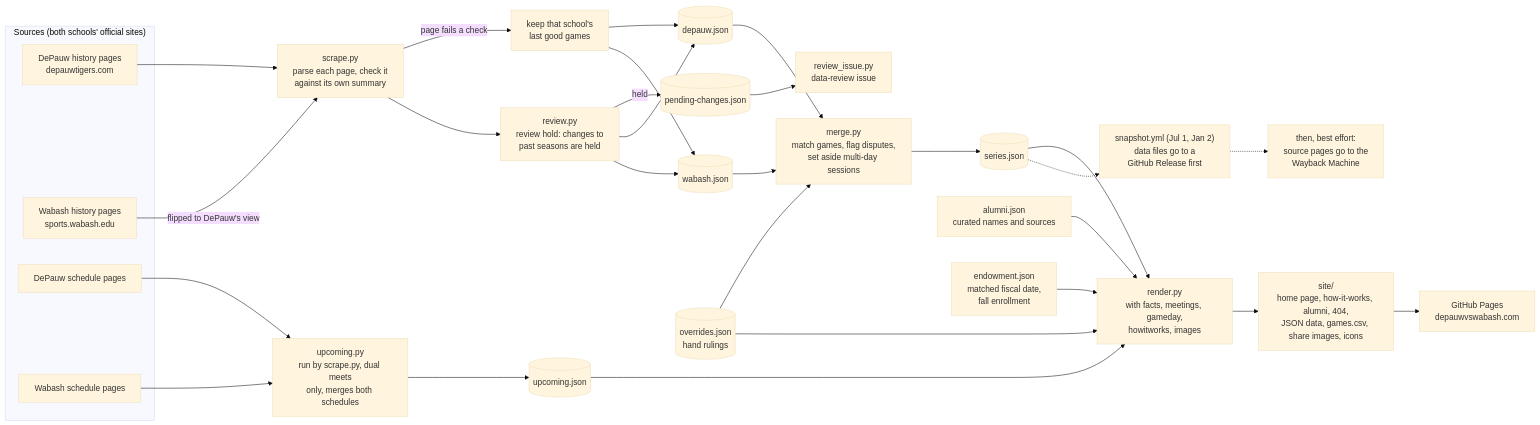
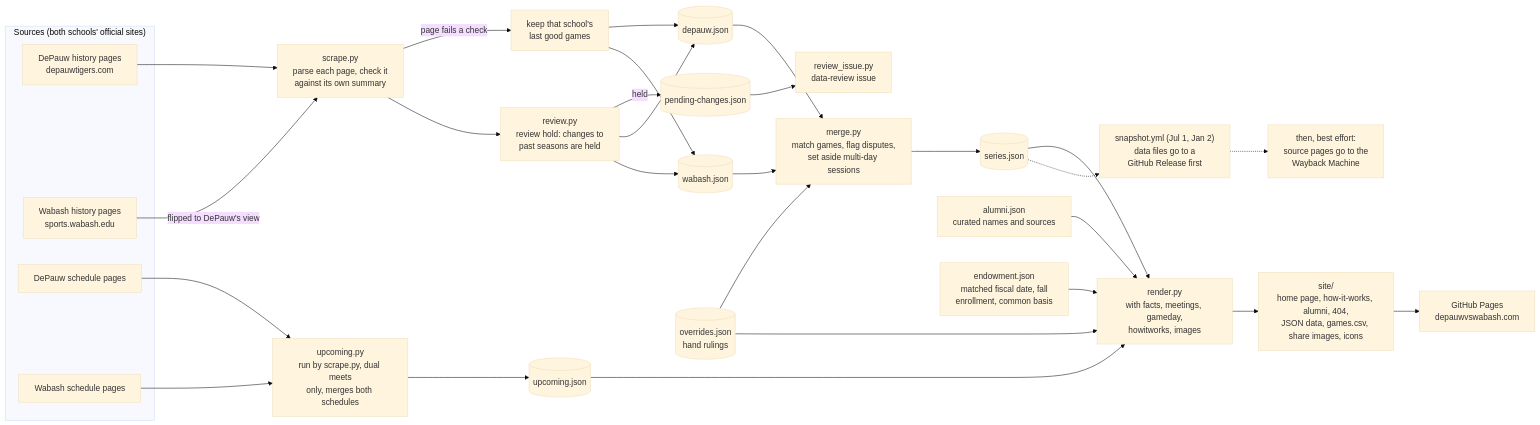
The first of 3 diagrams in README.md (Haynesmodel/DePauw-vs-Wabash-web), drawn with Mermaid (base theme) before and after one commit. The commit also changed other lines of this file and 7 other files, not shown here.

First line of the commit message:
Compare endowment per student on one basis and call near-ties even

````diff
--- a/README.md
+++ b/README.md
@@ -61,36 +61,36 @@
 ```mermaid
 flowchart LR
   subgraph SRC["Sources (both schools' official sites)"]
     DH["DePauw history pages<br/>depauwtigers.com"]
     WH["Wabash history pages<br/>sports.wabash.edu"]
     DS["DePauw schedule pages"]
     WS["Wabash schedule pages"]
   end
 
   DH --> P["scrape.py<br/>parse each page, check it<br/>against its own summary"]
   WH -- "flipped to DePauw's view" --> P
   P -- "page fails a check" --> K["keep that school's<br/>last good games"]
   P --> R["review.py<br/>review hold: changes to<br/>past seasons are held"]
   R -- "held" --> PC[("pending-changes.json")]
   PC --> RI["review_issue.py<br/>data-review issue"]
   R --> DJ[("depauw.json")]
   R --> WJ[("wabash.json")]
   K --> DJ
   K --> WJ
   DJ --> M["merge.py<br/>match games, flag disputes,<br/>set aside multi-day sessions"]
   WJ --> M
   OV[("overrides.json<br/>hand rulings")] --> M
   M --> SJ[("series.json")]
   DS --> U["upcoming.py<br/>run by scrape.py, dual meets<br/>only, merges both schedules"]
   WS --> U
   U --> UJ[("upcoming.json")]
   SJ --> RN["render.py<br/>with facts, meetings, gameday,<br/>howitworks, images"]
   AL["alumni.json<br/>curated names and sources"] --> RN
-  EN["endowment.json<br/>matched fiscal date,<br/>fall enrollment"] --> RN
+  EN["endowment.json<br/>matched fiscal date, fall<br/>enrollment, common basis"] --> RN
   UJ --> RN
   OV --> RN
   RN --> SITE["site/<br/>home page, how-it-works, alumni, 404,<br/>JSON data, games.csv, share images, icons"]
   SITE --> GP["GitHub Pages<br/>depauwvswabash.com"]
   SJ -.-> SN["snapshot.yml (Jul 1, Jan 2)<br/>data files go to a<br/>GitHub Release first"]
   SN -.-> WB["then, best effort:<br/>source pages go to the<br/>Wayback Machine"]
 ```
````
